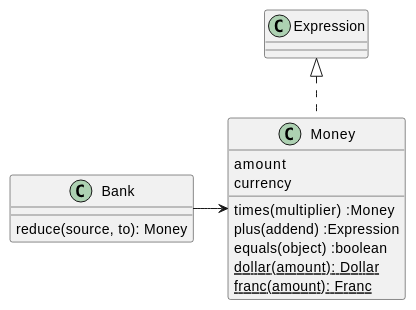
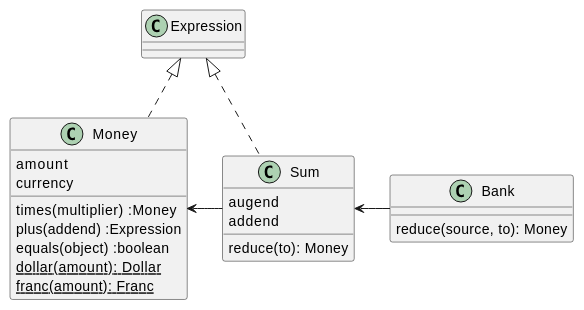
One commit to hiroshima-arc/pragmatic_programing changed the diagram in docs/src/spec/the_money_example.adoc. Above: the diagram before and after it, drawn with PlantUML. The commit also changed other lines of this file and 9 other files, not shown here.

```diff
--- a/docs/src/spec/the_money_example.adoc
+++ b/docs/src/spec/the_money_example.adoc
@@ -50,19 +51,26 @@
 [plantuml]
 ----
 class Expression {
+}
+class Sum {
+  augend
+  addend
+  reduce(to): Money
 }
 class Bank {
   reduce(source, to): Money
 }
 class Money {
   amount
   currency
   times(multiplier) :Money
   plus(addend) :Expression
   equals(object) :boolean
   {static} dollar(amount): Dollar
   {static} franc(amount): Franc
 }
 Expression <|.. Money
-Bank -> Money
+Expression <|.. Sum
+Money <- Sum
+Sum <- Bank
 ----
```
